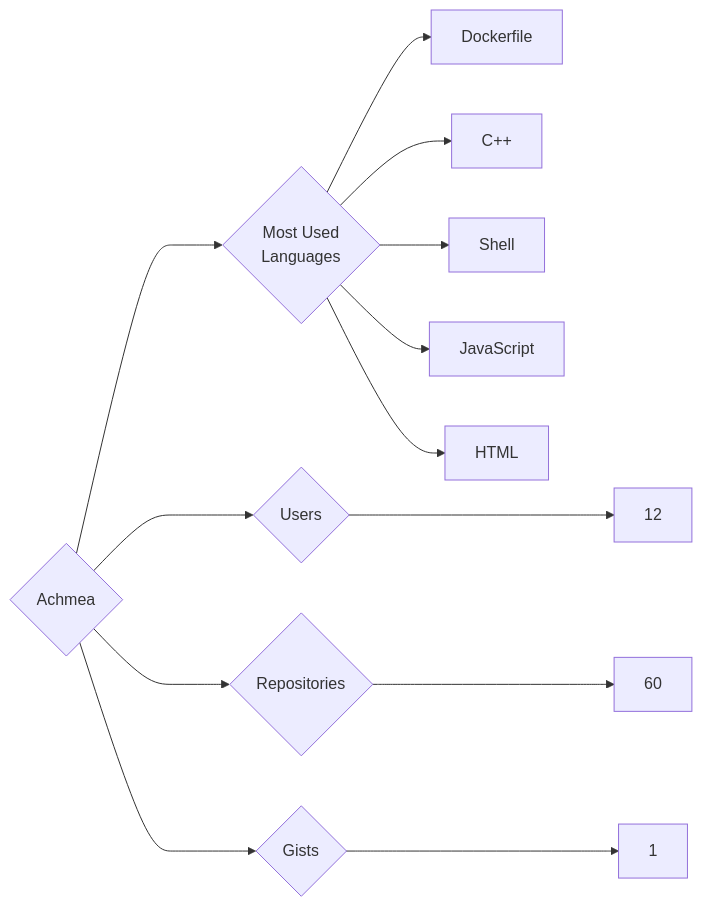
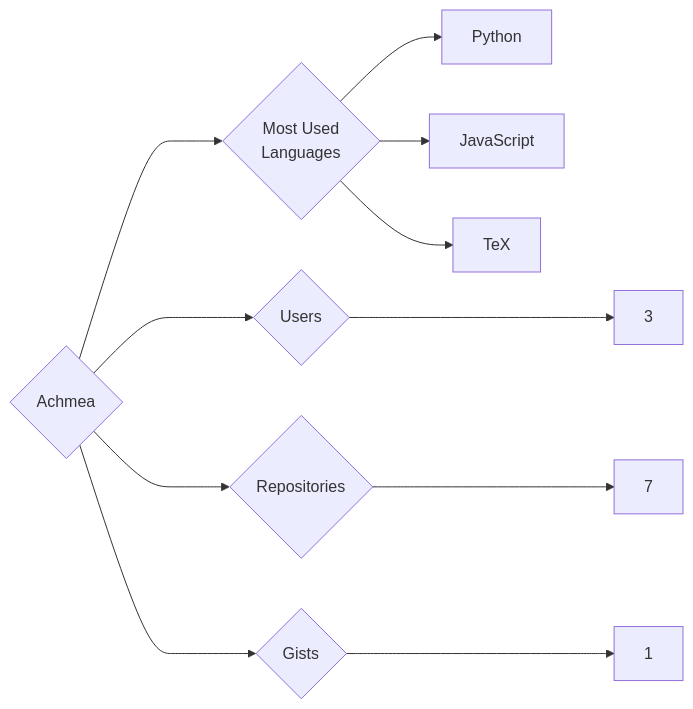
Before and after one commit to trickest/insiders: the diagram in targets/Achmea/README.md, drawn with Mermaid. The commit also changed 932 other files, not shown here.

````diff
--- a/targets/Achmea/README.md
+++ b/targets/Achmea/README.md
@@ -3,13 +3,11 @@
 ```mermaid
 graph LR
 COMPANY_NAME{Achmea}
-COMPANY_NAME ---> U{Users} ---> UN[12]
-COMPANY_NAME ---> R{Repositories} ---> RN[60]
+COMPANY_NAME ---> U{Users} ---> UN[3]
+COMPANY_NAME ---> R{Repositories} ---> RN[7]
 COMPANY_NAME ---> G{Gists} ---> GN[1]
 COMPANY_NAME ---> ML{Most Used<br>Languages}
-ML --> Dockerfile[Dockerfile]
-ML --> C++[C++]
-ML --> Shell[Shell]
+ML --> Python[Python]
 ML --> JavaScript[JavaScript]
-ML --> HTML[HTML]
+ML --> TeX[TeX]
 ```
````
